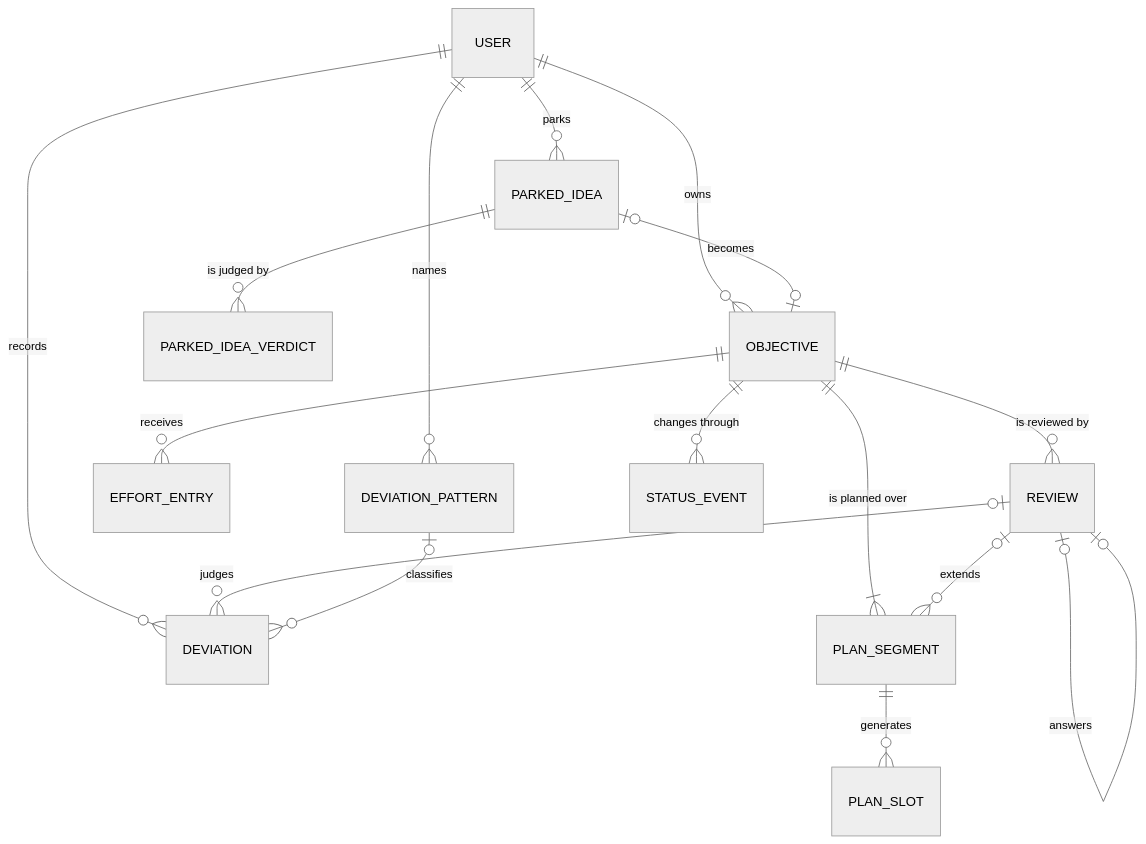
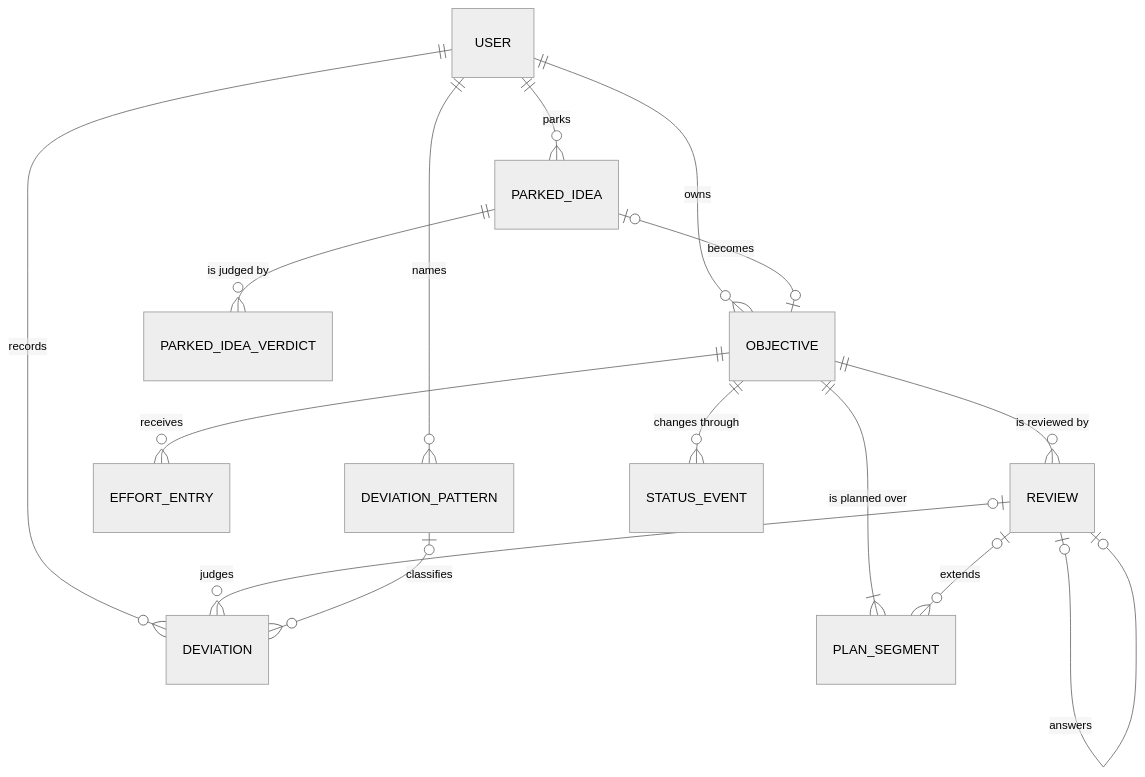
One commit to rohit12242/keel changed the first of 2 diagrams in docs/erd.md. Above: the diagram before and after it, drawn with Mermaid (neutral theme). The commit also changed other lines of this file and 3 other files, not shown here.

````diff
--- a/docs/erd.md
+++ b/docs/erd.md
@@ -22,18 +42,17 @@
 ```mermaid
 erDiagram
     USER ||--o{ OBJECTIVE : owns
     USER ||--o{ DEVIATION : records
     USER ||--o{ PARKED_IDEA : parks
     USER ||--o{ DEVIATION_PATTERN : names
     OBJECTIVE ||--|{ PLAN_SEGMENT : "is planned over"
-    PLAN_SEGMENT ||--o{ PLAN_SLOT : generates
     OBJECTIVE ||--o{ EFFORT_ENTRY : receives
     OBJECTIVE ||--o{ REVIEW : "is reviewed by"
     OBJECTIVE ||--o{ STATUS_EVENT : "changes through"
     REVIEW |o--o{ PLAN_SEGMENT : extends
     REVIEW |o--o{ DEVIATION : judges
     REVIEW |o--o| REVIEW : answers
     DEVIATION_PATTERN |o--o{ DEVIATION : classifies
     PARKED_IDEA ||--o{ PARKED_IDEA_VERDICT : "is judged by"
     PARKED_IDEA |o--o| OBJECTIVE : becomes
 ```
````
